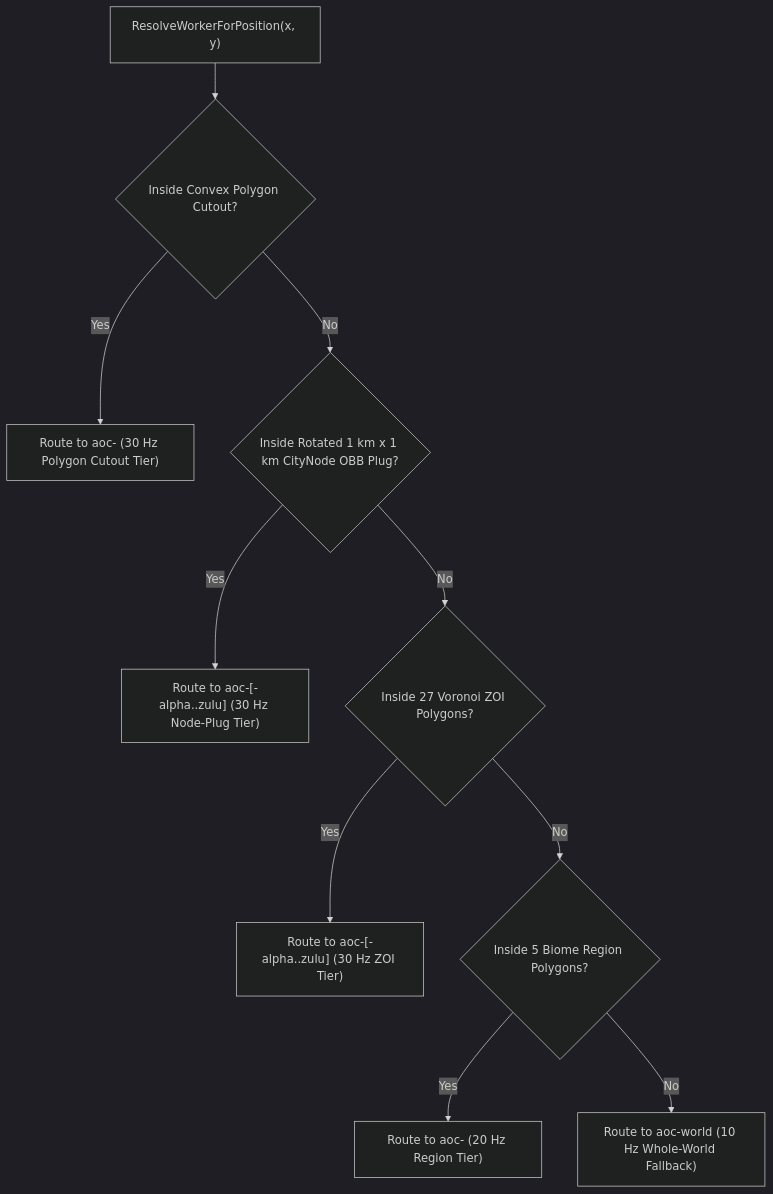
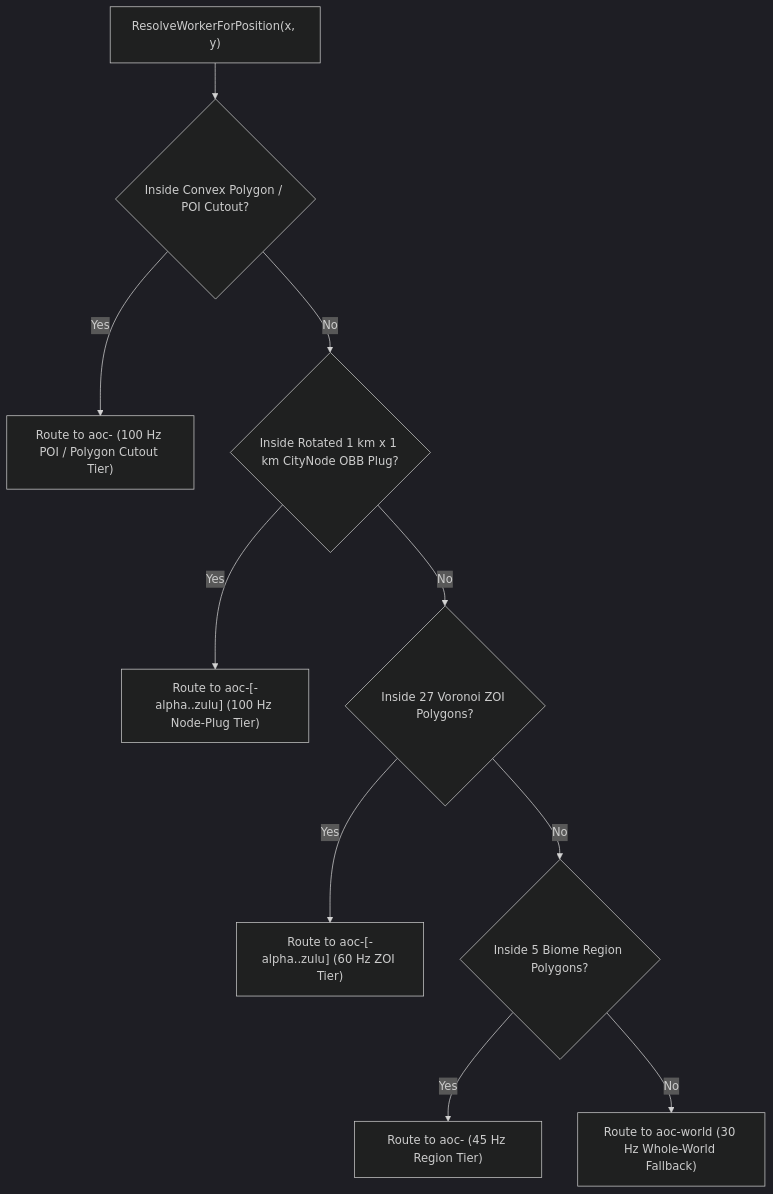
One commit to debuggin/SandalCore changed the second of 2 diagrams in docs/SERVER_WORKERS.md. Above: the diagram before and after it, drawn with Mermaid (dark theme). The commit also changed other lines of this file and 114 other files, not shown here.

First line of the commit message:
feat(world-admin): add Verra calendar, tier 5/6 layouts & 26-plan bots

````diff
--- a/docs/SERVER_WORKERS.md
+++ b/docs/SERVER_WORKERS.md
@@ -119,12 +125,12 @@
 ```mermaid
 flowchart TD
-    Query["ResolveWorkerForPosition(x, y)"] --> CheckCutout{"Inside Convex Polygon Cutout?"}
-    CheckCutout -->|"Yes"| RouteCutout["Route to aoc-<cutout-name> (30 Hz Polygon Cutout Tier)"]
+    Query["ResolveWorkerForPosition(x, y)"] --> CheckCutout{"Inside Convex Polygon / POI Cutout?"}
+    CheckCutout -->|"Yes"| RouteCutout["Route to aoc-<cutout-name> (100 Hz POI / Polygon Cutout Tier)"]
     CheckCutout -->|"No"| CheckPlug{"Inside Rotated 1 km x 1 km CityNode OBB Plug?"}
-    CheckPlug -->|"Yes"| RoutePlug["Route to aoc-<city-name>[-alpha..zulu] (30 Hz Node-Plug Tier)"]
+    CheckPlug -->|"Yes"| RoutePlug["Route to aoc-<city-name>[-alpha..zulu] (100 Hz Node-Plug Tier)"]
     CheckPlug -->|"No"| CheckZOI{"Inside 27 Voronoi ZOI Polygons?"}
-    CheckZOI -->|"Yes"| RouteZOI["Route to aoc-<zoi-name>[-alpha..zulu] (30 Hz ZOI Tier)"]
+    CheckZOI -->|"Yes"| RouteZOI["Route to aoc-<zoi-name>[-alpha..zulu] (60 Hz ZOI Tier)"]
     CheckZOI -->|"No"| CheckRegion{"Inside 5 Biome Region Polygons?"}
-    CheckRegion -->|"Yes"| RouteRegion["Route to aoc-<region-name> (20 Hz Region Tier)"]
-    CheckRegion -->|"No"| RouteWorld["Route to aoc-world (10 Hz Whole-World Fallback)"]
+    CheckRegion -->|"Yes"| RouteRegion["Route to aoc-<region-name> (45 Hz Region Tier)"]
+    CheckRegion -->|"No"| RouteWorld["Route to aoc-world (30 Hz Whole-World Fallback)"]
 ```
````
